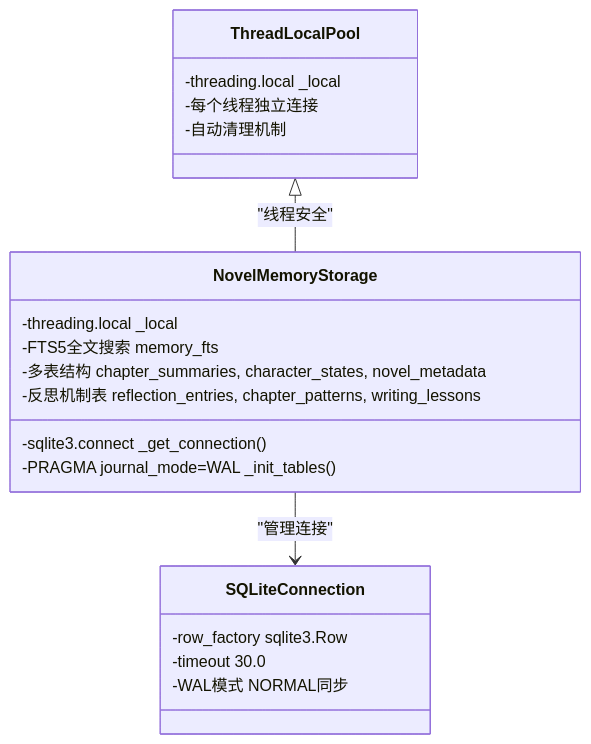
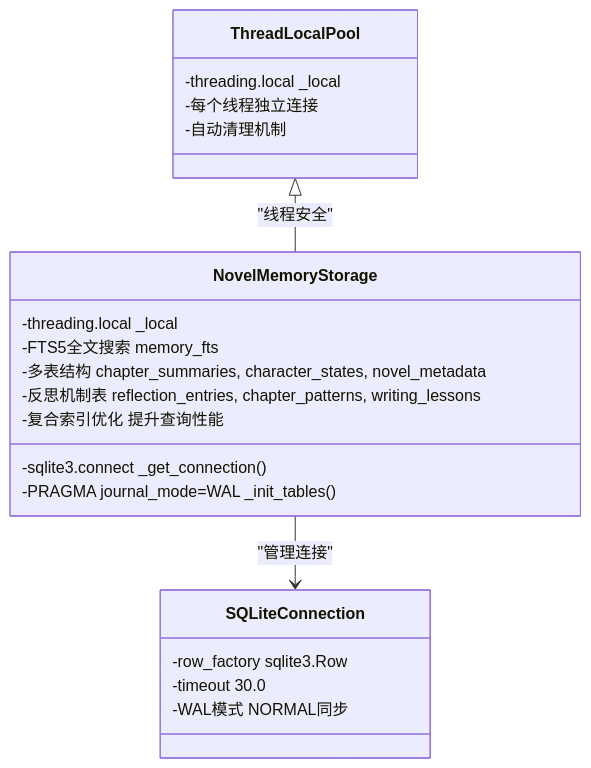
Before and after one commit to xfbyxq/ai-novel-system: the sixth of 11 diagrams in .qoder/repowiki/zh/content/Memory Service.md, drawn with Mermaid. The commit also changed other lines of this file and 23 other files, not shown here.

````diff
--- a/.qoder/repowiki/zh/content/Memory Service.md
+++ b/.qoder/repowiki/zh/content/Memory Service.md
@@ -297,23 +303,24 @@
 ```mermaid
 classDiagram
 class NovelMemoryStorage {
 -threading.local _local
 -sqlite3.connect _get_connection()
 -PRAGMA journal_mode=WAL _init_tables()
 -FTS5全文搜索 memory_fts
 -多表结构 chapter_summaries, character_states, novel_metadata
 -反思机制表 reflection_entries, chapter_patterns, writing_lessons
+-复合索引优化 提升查询性能
 }
 class SQLiteConnection {
 -row_factory sqlite3.Row
 -timeout 30.0
 -WAL模式 NORMAL同步
 }
 class ThreadLocalPool {
 -threading.local _local
 -每个线程独立连接
 -自动清理机制
 }
 NovelMemoryStorage --> SQLiteConnection : "管理连接"
 ThreadLocalPool <|-- NovelMemoryStorage : "线程安全"
 ```
````
